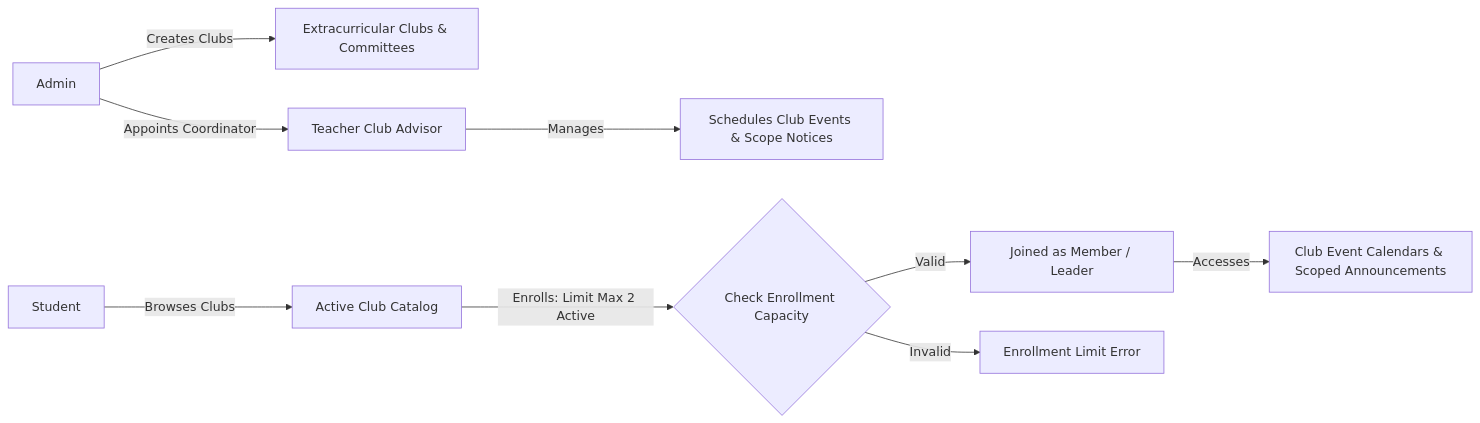
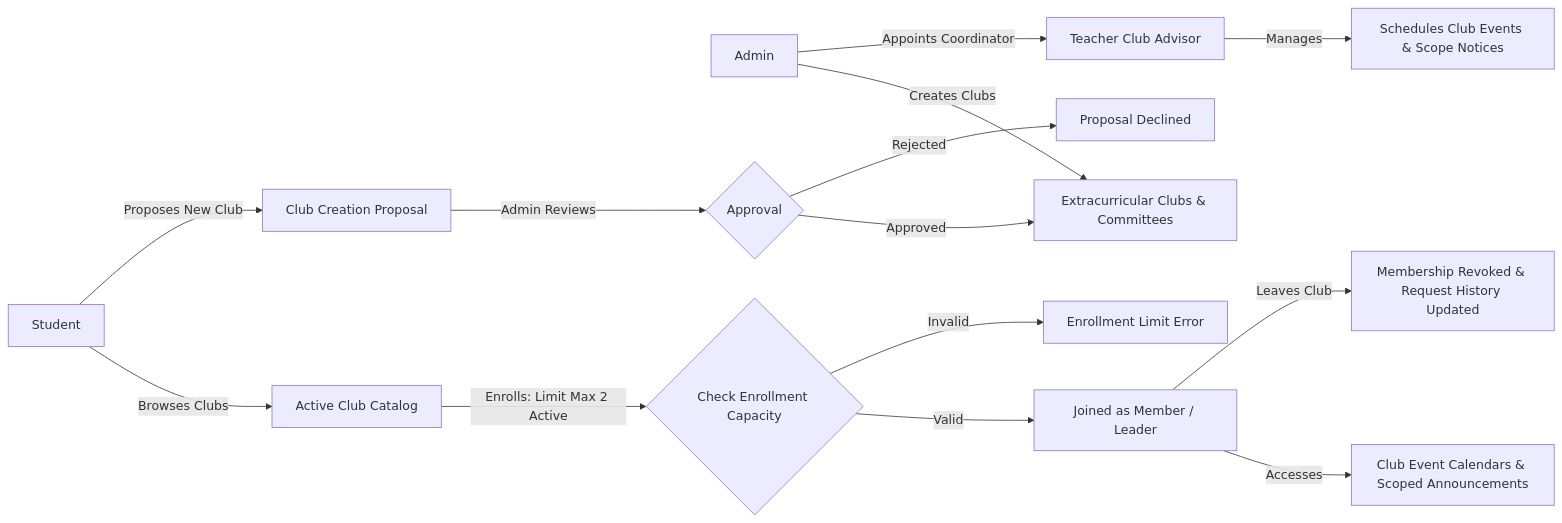
Diagram 15 of 20 in docs/03-workflow-diagrams.md (Shashank0143/School-ERP-model), drawn with Mermaid before and after one commit. The commit also changed other lines of this file and 127 other files, not shown here.

````diff
--- a/docs/03-workflow-diagrams.md
+++ b/docs/03-workflow-diagrams.md
@@ -276,11 +276,16 @@
 ```mermaid
 flowchart LR
     A[Admin] -->|Creates Clubs| B[Extracurricular Clubs & Committees]
     A -->|Appoints Coordinator| C[Teacher Club Advisor]
     C -->|Manages| D[Schedules Club Events & Scope Notices]
     Student[Student] -->|Browses Clubs| E[Active Club Catalog]
     E -->|Enrolls: Limit Max 2 Active| F{Check Enrollment Capacity}
     F -->|Valid| G[Joined as Member / Leader]
     F -->|Invalid| H[Enrollment Limit Error]
     G -->|Accesses| I[Club Event Calendars & Scoped Announcements]
+    G -->|Leaves Club| J[Membership Revoked & Request History Updated]
+    Student -->|Proposes New Club| K[Club Creation Proposal]
+    K -->|Admin Reviews| L{Approval}
+    L -->|Approved| B
+    L -->|Rejected| M[Proposal Declined]
 ```
````
